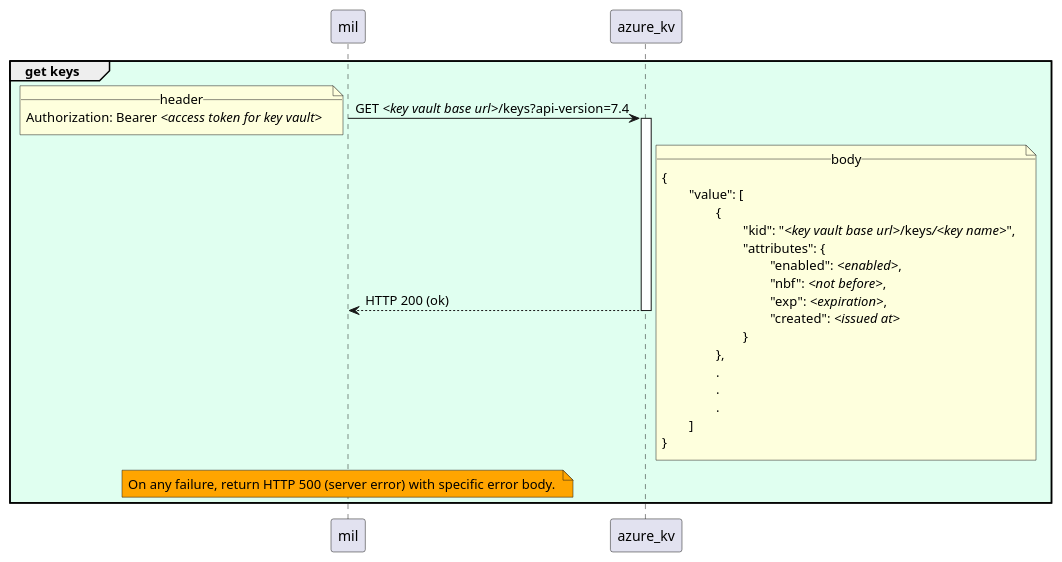
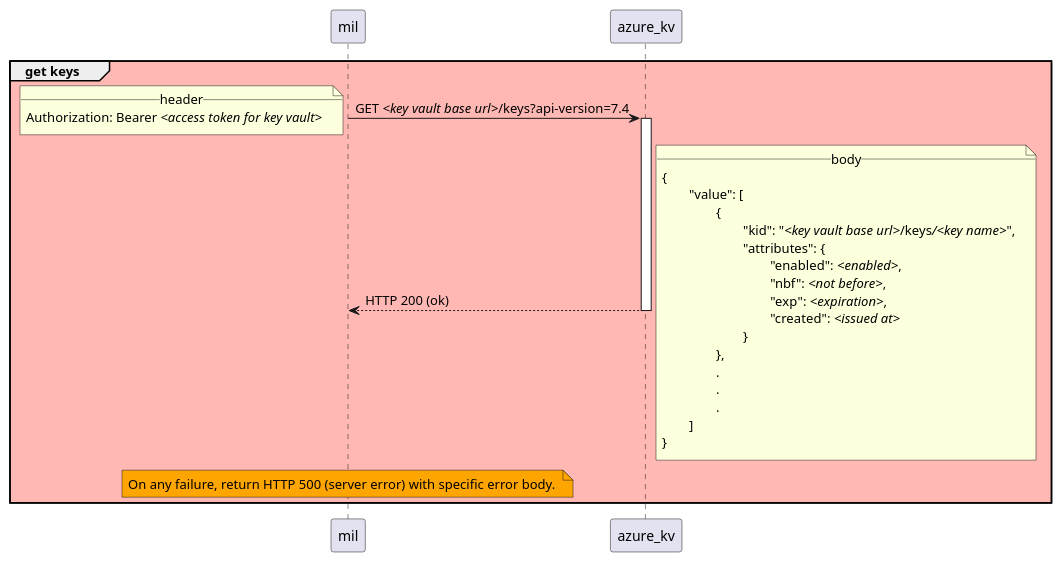
One commit to pagopa/mil-diags changed the diagram in sequence_diags/pagoPA/pos_management/get_keys.puml. Above: the diagram before and after it, drawn with PlantUML. The commit also changed 26 other files, not shown here.

```diff
--- a/sequence_diags/pagoPA/pos_management/get_keys.puml
+++ b/sequence_diags/pagoPA/pos_management/get_keys.puml
@@ -1,32 +1,32 @@
-group #E0FFF0 get keys
+group #FFB8B3 get keys
 	mil -> azure_kv ++ : GET //<key vault base url>///keys?api-version=7.4
 		note left
 			__header__
 			Authorization: Bearer //<access token for key vault>//
 		end note
 
 	azure_kv --> mil -- : HTTP 200 (ok)
 		note right
 			__body__
 			{
 				"value": [
 					{
 						"kid": "//<key vault base url>///keys///<key name>//",
 						"attributes": {
 							"enabled": //<enabled>//,
 							"nbf": //<not before>//,
 							"exp": //<expiration>//,
 							"created": //<issued at>//
 						}
 					},
 					.
 					.
 					.
 				]
 			}
 		end note
 
     note over mil #Orange
 		On any failure, return HTTP 500 (server error) with specific error body. 
 	end note
 end
```
